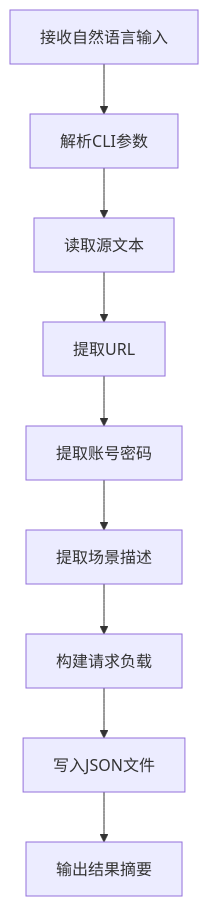
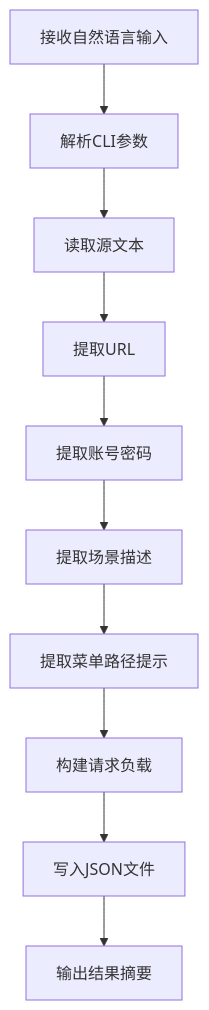
The eighth of 11 diagrams in .qoder/repowiki/zh/content/核心概念/第一阶段探索建模系统.md (Jiane-EJ/playwright-mind), drawn with Mermaid before and after one commit. The commit also changed other lines of this file and 7 other files, not shown here.

````diff
--- a/.qoder/repowiki/zh/content/核心概念/第一阶段探索建模系统.md
+++ b/.qoder/repowiki/zh/content/核心概念/第一阶段探索建模系统.md
@@ -339,11 +363,12 @@
 ```mermaid
 flowchart TD
 Input[接收自然语言输入] --> ParseArgs[解析CLI参数]
 ParseArgs --> ReadSource[读取源文本]
 ReadSource --> ExtractURL[提取URL]
 ExtractURL --> ExtractAccount[提取账号密码]
 ExtractAccount --> ExtractScenario[提取场景描述]
-ExtractScenario --> BuildPayload[构建请求负载]
+ExtractScenario --> ExtractMenuHints[提取菜单路径提示]
+ExtractMenuHints --> BuildPayload[构建请求负载]
 BuildPayload --> WriteFile[写入JSON文件]
 WriteFile --> Output[输出结果摘要]
 ```
````
